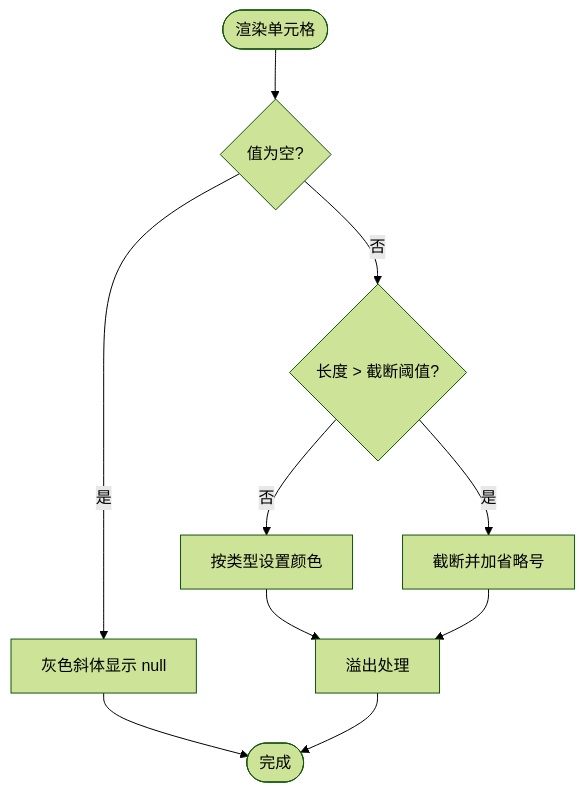
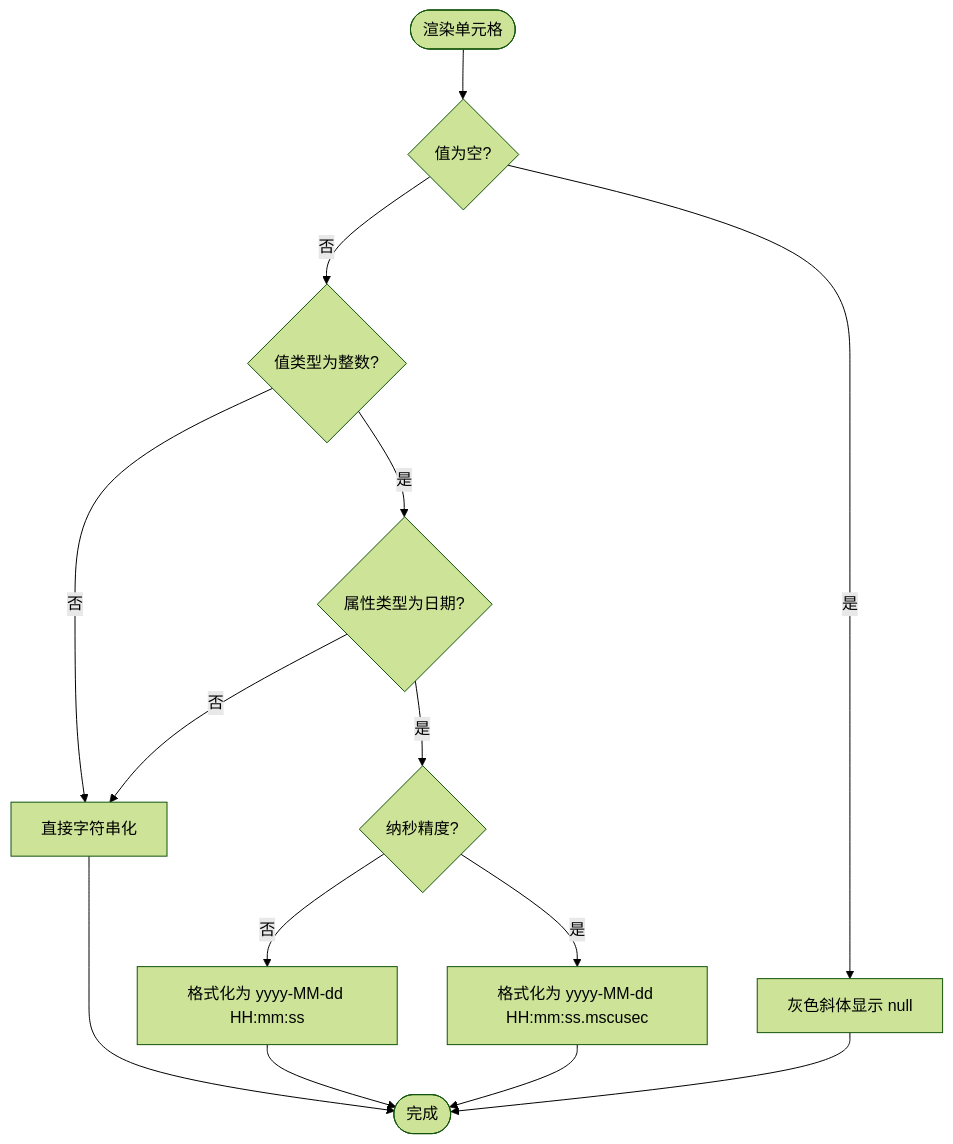
One commit to kongpf8848/objectbox_viewer changed the fifth of 8 diagrams in .qoder/repowiki/zh/content/UI 组件/数据表格面板.md. Above: the diagram before and after it, drawn with Mermaid (forest theme). The commit also changed other lines of this file and 9 other files, not shown here.

````diff
--- a/.qoder/repowiki/zh/content/UI 组件/数据表格面板.md
+++ b/.qoder/repowiki/zh/content/UI 组件/数据表格面板.md
@@ -228,12 +234,16 @@
 ```mermaid
 flowchart TD
 Start(["渲染单元格"]) --> NullCheck{"值为空?"}
 NullCheck --> |是| NullStyle["灰色斜体显示 null"]
-NullCheck --> |否| LenCheck{"长度 > 截断阈值?"}
-LenCheck --> |是| Truncate["截断并加省略号"]
-LenCheck --> |否| TypeColor["按类型设置颜色"]
-TypeColor --> Overflow["溢出处理"]
-Truncate --> Overflow
+NullCheck --> |否| TypeCheck{"值类型为整数?"}
+TypeCheck --> |否| BasicFormat["直接字符串化"]
+TypeCheck --> |是| DateCheck{"属性类型为日期?"}
+DateCheck --> |否| BasicFormat
+DateCheck --> |是| PrecisionCheck{"纳秒精度?"}
+PrecisionCheck --> |是| NanoFormat["格式化为 yyyy-MM-dd HH:mm:ss.mscusec"]
+PrecisionCheck --> |否| MilliFormat["格式化为 yyyy-MM-dd HH:mm:ss"]
+BasicFormat --> End(["完成"])
+MilliFormat --> End
+NanoFormat --> End
 NullStyle --> End(["完成"])
-Overflow --> End
 ```
````
